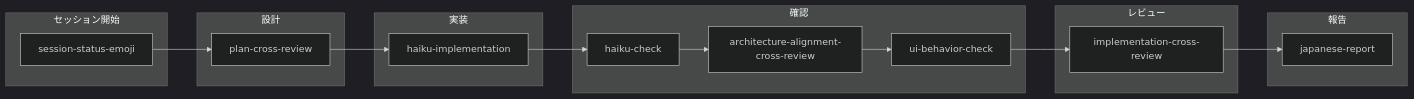
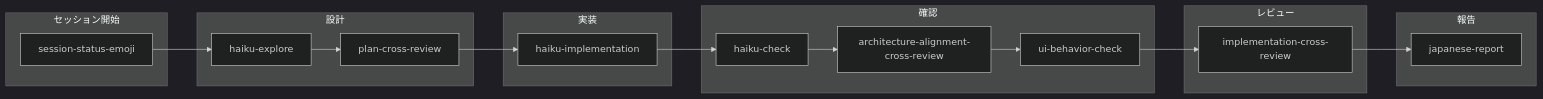
The diagram in README.md (nir-nmttg/agent-skills), drawn with Mermaid (dark theme) before and after one commit. The commit also changed other lines of this file and 5 other files, not shown here.

First line of the commit message:
コードの広い検索を Haiku に任せる haiku-explore を追加する

````diff
--- a/README.md
+++ b/README.md
@@ -89,23 +89,24 @@
 ```mermaid
 flowchart LR
   subgraph start[セッション開始]
     S[session-status-emoji]
   end
   subgraph design[設計]
-    P[plan-cross-review]
+    E[haiku-explore] --> P[plan-cross-review]
   end
   subgraph impl[実装]
     I[haiku-implementation]
   end
   subgraph check[確認]
     T[haiku-check] --> A[architecture-alignment-cross-review] --> U[ui-behavior-check]
   end
   subgraph review[レビュー]
     R[implementation-cross-review]
   end
   subgraph report[報告]
     J[japanese-report]
   end
-  S --> P --> I --> T
+  S --> E
+  P --> I --> T
   U --> R --> J
 ```
````
